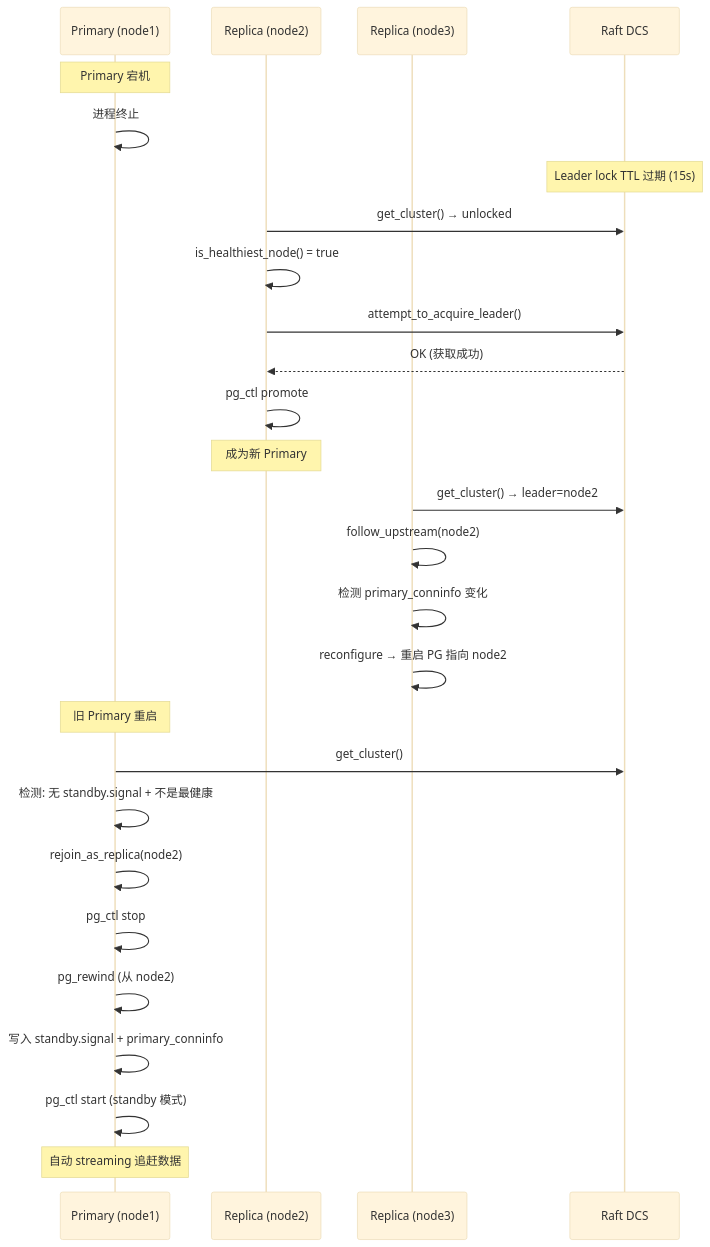
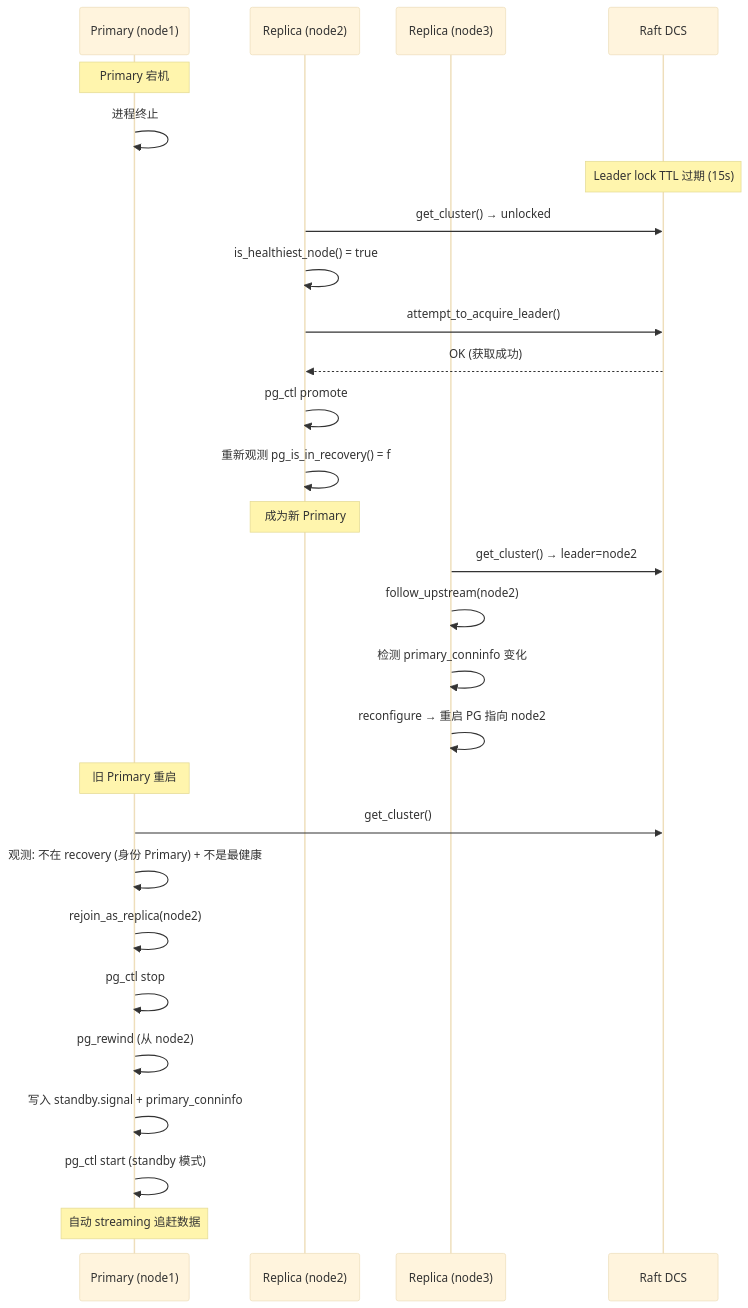
Before and after one commit to seraphico/pg-ha: the fourth of 11 diagrams in docs/pg-ha-architecture.md, drawn with Mermaid (base theme). The commit also changed other lines of this file and 13 other files, not shown here.

First line of the commit message:
fix(ha): decide primary identity from pg_is_in_recovery(), not the remembered role

````diff
--- a/docs/pg-ha-architecture.md
+++ b/docs/pg-ha-architecture.md
@@ -65,33 +71,34 @@
 ```mermaid
 sequenceDiagram
     participant P as Primary (node1)
     participant R1 as Replica (node2)
     participant R2 as Replica (node3)
     participant DCS as Raft DCS
 
     Note over P: Primary 宕机
     P->>P: 进程终止
 
     Note over DCS: Leader lock TTL 过期 (15s)
     R1->>DCS: get_cluster() → unlocked
     R1->>R1: is_healthiest_node() = true
     R1->>DCS: attempt_to_acquire_leader()
     DCS-->>R1: OK (获取成功)
     R1->>R1: pg_ctl promote
+    R1->>R1: 重新观测 pg_is_in_recovery() = f
     Note over R1: 成为新 Primary
 
     R2->>DCS: get_cluster() → leader=node2
     R2->>R2: follow_upstream(node2)
     R2->>R2: 检测 primary_conninfo 变化
     R2->>R2: reconfigure → 重启 PG 指向 node2
 
     Note over P: 旧 Primary 重启
     P->>DCS: get_cluster()
-    P->>P: 检测: 无 standby.signal + 不是最健康
+    P->>P: 观测: 不在 recovery (身份 Primary) + 不是最健康
     P->>P: rejoin_as_replica(node2)
     P->>P: pg_ctl stop
     P->>P: pg_rewind (从 node2)
     P->>P: 写入 standby.signal + primary_conninfo
     P->>P: pg_ctl start (standby 模式)
     Note over P: 自动 streaming 追赶数据
 ```
````
